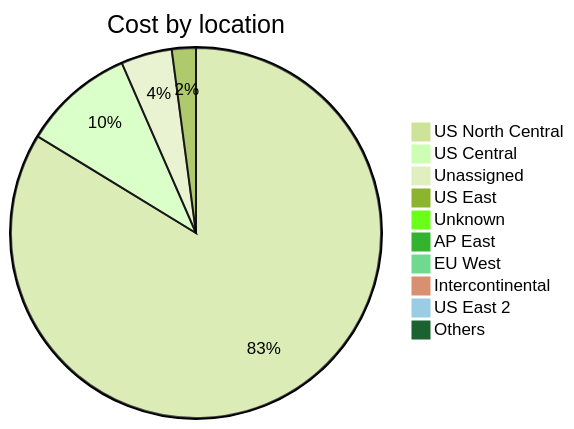
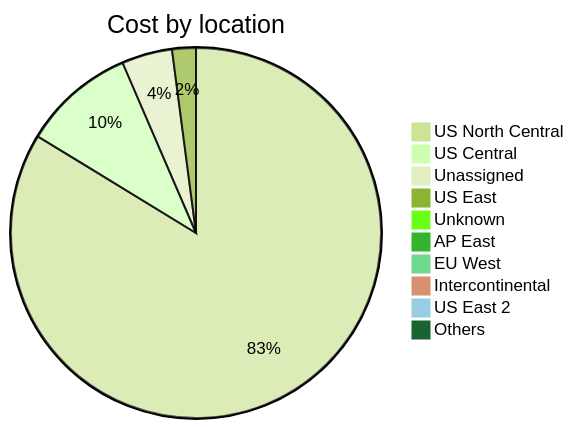
One commit to jpfulton/azure-personal-reports changed the third of 4 diagrams in cost-reports/accumulated-cost.md. Above: the diagram before and after it, drawn with Mermaid (forest theme). The commit also changed other lines of this file and 4 other files, not shown here.

````diff
--- a/cost-reports/accumulated-cost.md
+++ b/cost-reports/accumulated-cost.md
@@ -132,14 +132,14 @@
 ```mermaid
 pie
    title Cost by location
-   "US North Central" : 225.65
-   "US Central" : 26.21
-   "Unassigned" : 12.00
-   "US East" : 5.65
-   "Unknown" : 1.27
+   "US North Central" : 228.53
+   "US Central" : 26.72
+   "Unassigned" : 12.03
+   "US East" : 5.66
+   "Unknown" : 1.31
    "AP East" : 0.00
    "EU West" : 0.00
    "Intercontinental" : 0.00
    "US East 2" : 0.00
    "Others" : 0.00
 ```
````
